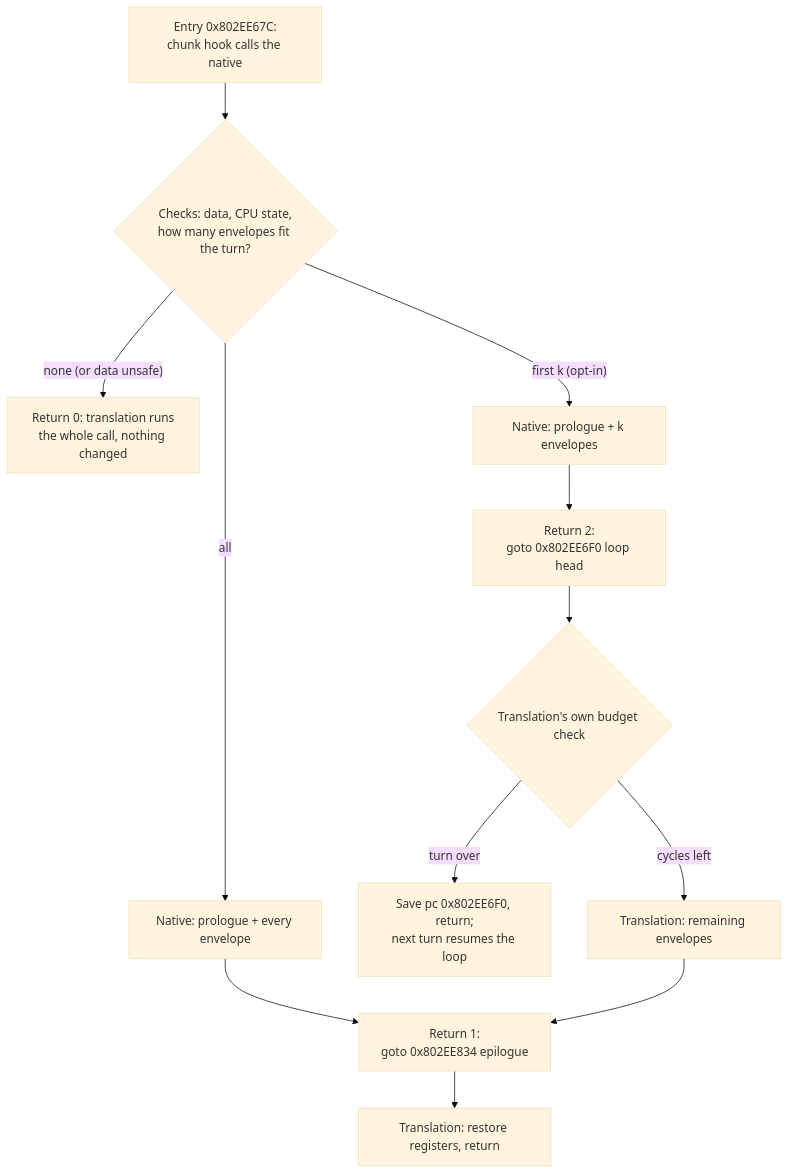
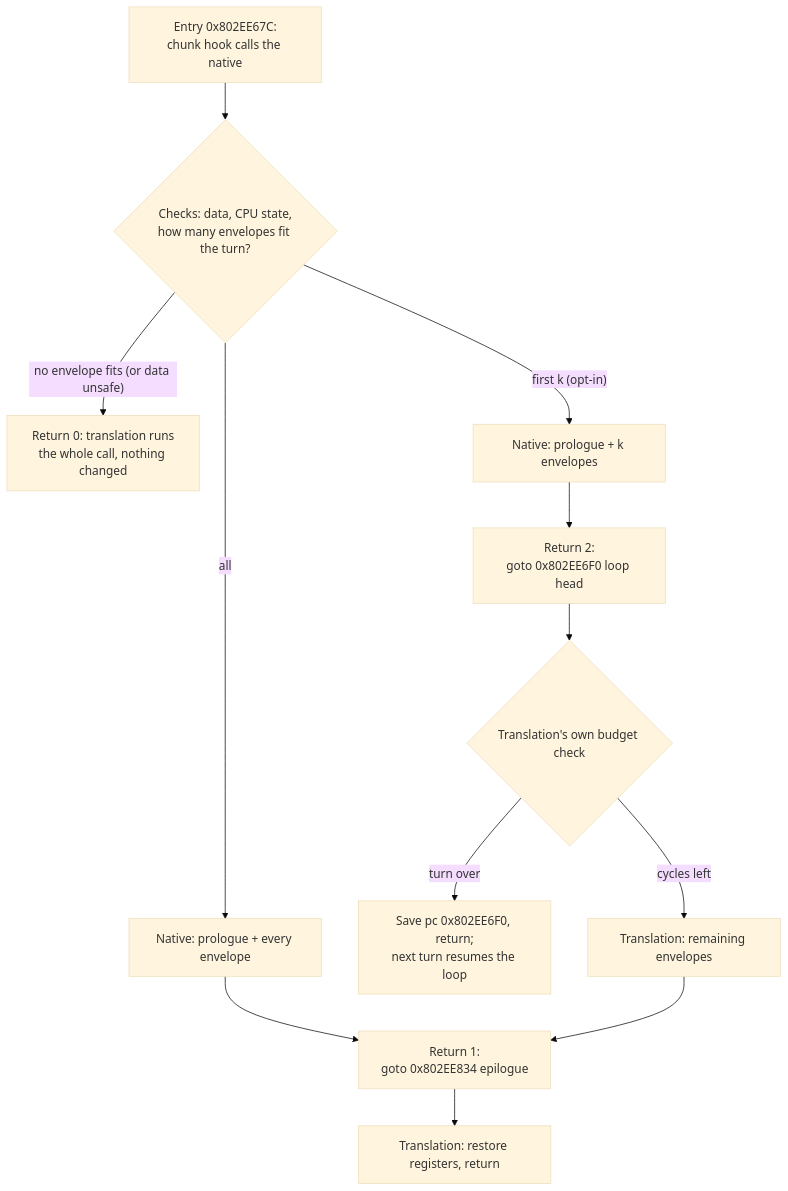
The second of 2 diagrams in docs/planning/2026-11-02-native_extensions/TECH_PLAN.md (chrissotraidis/bluewake), drawn with Mermaid (base theme) before and after one commit. The commit also changed other lines of this file and 1 other file, not shown here.

Commit message:
docs: #541 empty-model fix, second A/B pending

````diff
--- a/docs/planning/2026-11-02-native_extensions/TECH_PLAN.md
+++ b/docs/planning/2026-11-02-native_extensions/TECH_PLAN.md
@@ -54,11 +54,11 @@
 ```mermaid
 flowchart TD
     E[Entry 0x802EE67C:<br/>chunk hook calls the native] --> C{Checks: data, CPU state,<br/>how many envelopes fit the turn?}
-    C -- "none (or data unsafe)" --> D[Return 0: translation runs<br/>the whole call, nothing changed]
+    C -- "no envelope fits (or data unsafe)" --> D[Return 0: translation runs<br/>the whole call, nothing changed]
     C -- all --> A[Native: prologue + every envelope] --> X1[Return 1:<br/>goto 0x802EE834 epilogue]
     C -- "first k (opt-in)" --> P[Native: prologue + k envelopes] --> X2[Return 2:<br/>goto 0x802EE6F0 loop head]
     X2 --> B{Translation's own budget check}
     B -- turn over --> S[Save pc 0x802EE6F0, return;<br/>next turn resumes the loop]
     B -- cycles left --> L[Translation: remaining envelopes] --> X1
     X1 --> Q[Translation: restore registers, return]
 ```
````
